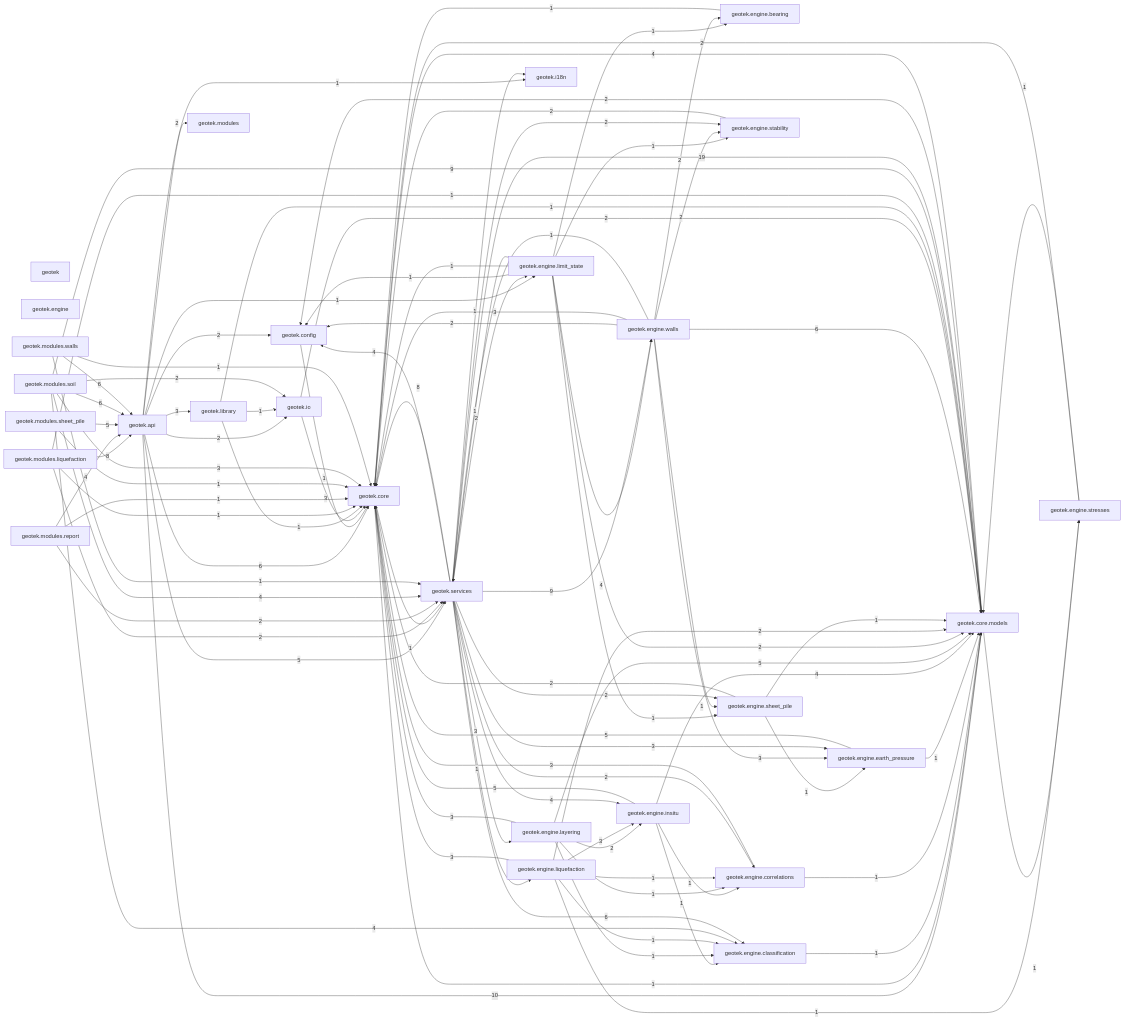
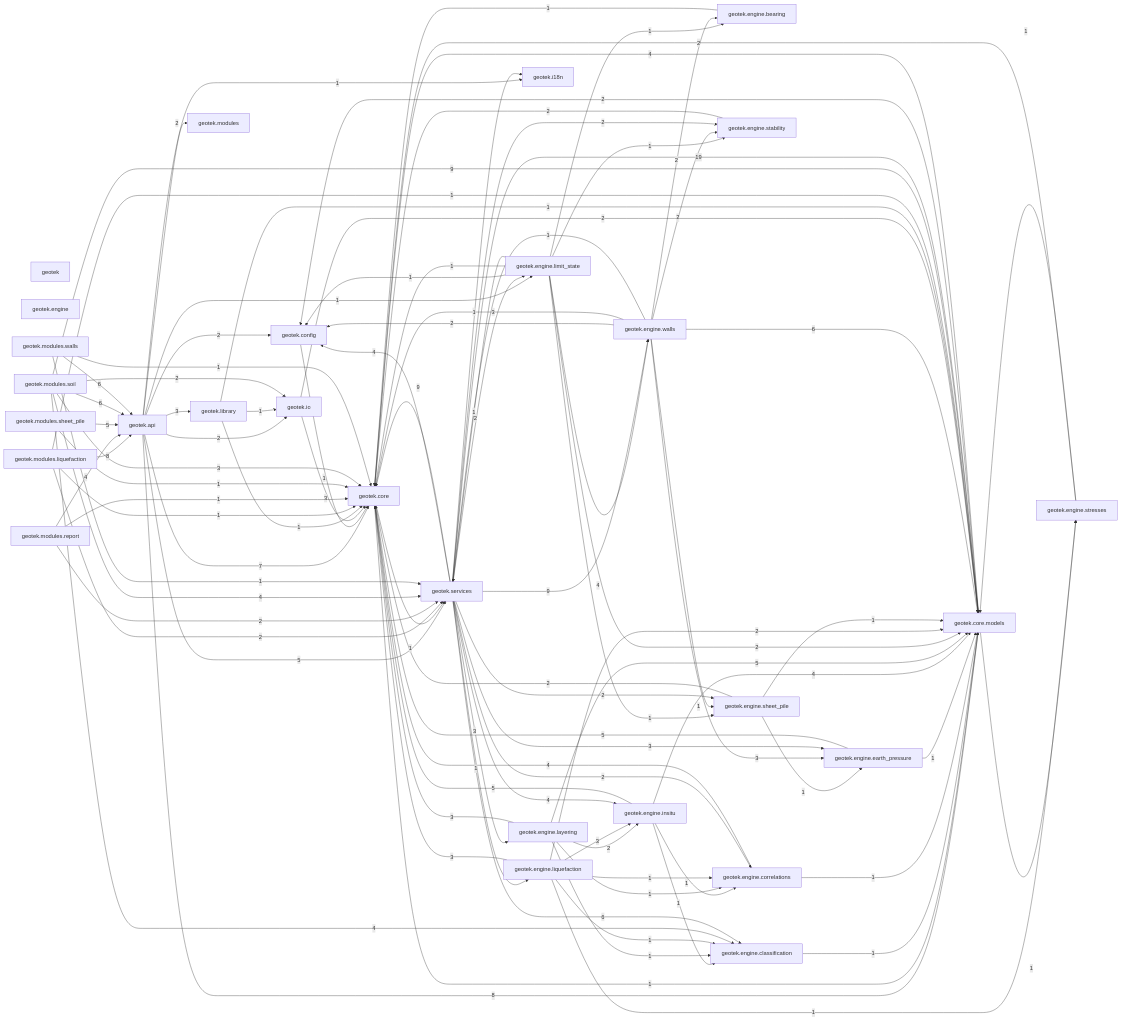
One commit to umutsertkaya/Foundation_Engineering_Program changed the first of 2 diagrams in docs/CODE_MAP.md. Above: the diagram before and after it, drawn with Mermaid. The commit also changed other lines of this file, not shown here.

```diff
--- a/docs/CODE_MAP.md
+++ b/docs/CODE_MAP.md
@@ -65,8 +65,8 @@
   geotek_modules_walls["geotek.modules.walls"]
   geotek_services["geotek.services"]
   geotek_api -->|2| geotek_config
-  geotek_api -->|6| geotek_core
-  geotek_api -->|10| geotek_core_models
+  geotek_api -->|7| geotek_core
+  geotek_api -->|8| geotek_core_models
   geotek_api -->|1| geotek_engine_limit_state
   geotek_api -->|1| geotek_i18n
   geotek_api -->|2| geotek_io
@@ -81,7 +81,7 @@
   geotek_core_models -->|1| geotek_engine_stresses
   geotek_engine_bearing -->|1| geotek_core
   geotek_engine_classification -->|1| geotek_core_models
-  geotek_engine_correlations -->|3| geotek_core
+  geotek_engine_correlations -->|4| geotek_core
   geotek_engine_correlations -->|1| geotek_core_models
   geotek_engine_earth_pressure -->|5| geotek_core
   geotek_engine_earth_pressure -->|1| geotek_core_models
@@ -146,7 +146,7 @@
   geotek_modules_walls -->|1| geotek_core
   geotek_modules_walls -->|1| geotek_services
   geotek_services -->|4| geotek_config
-  geotek_services -->|8| geotek_core
+  geotek_services -->|9| geotek_core
   geotek_services -->|19| geotek_core_models
   geotek_services -->|6| geotek_engine_classification
   geotek_services -->|2| geotek_engine_correlations
```
